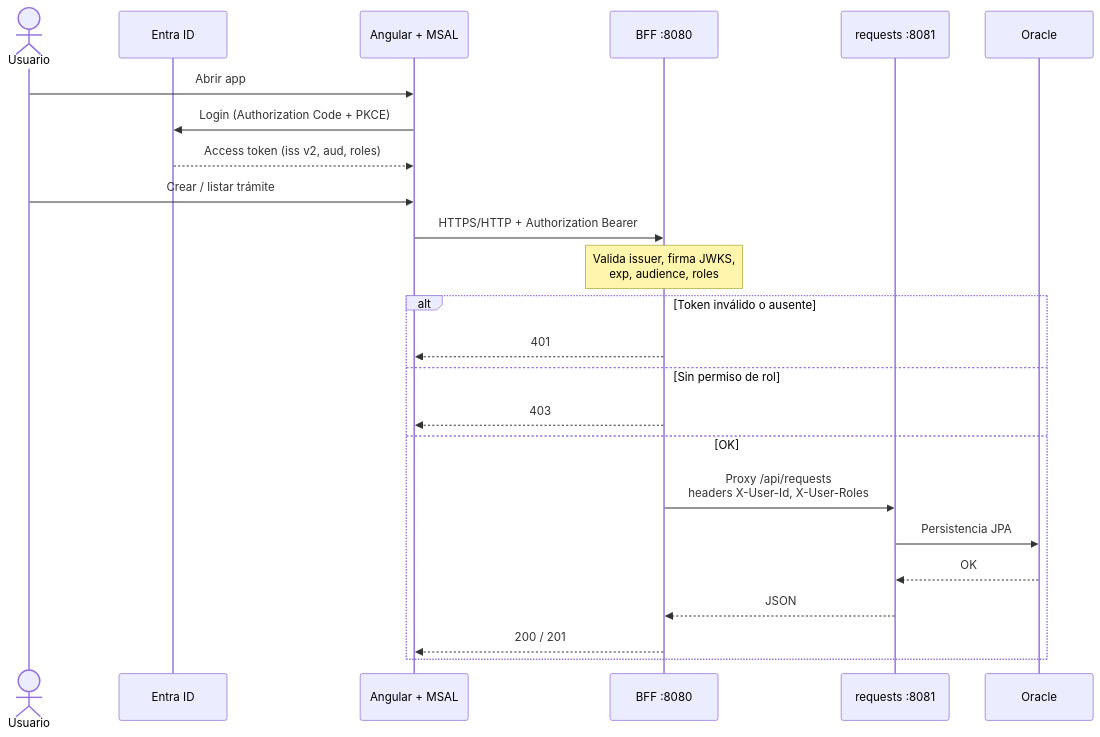
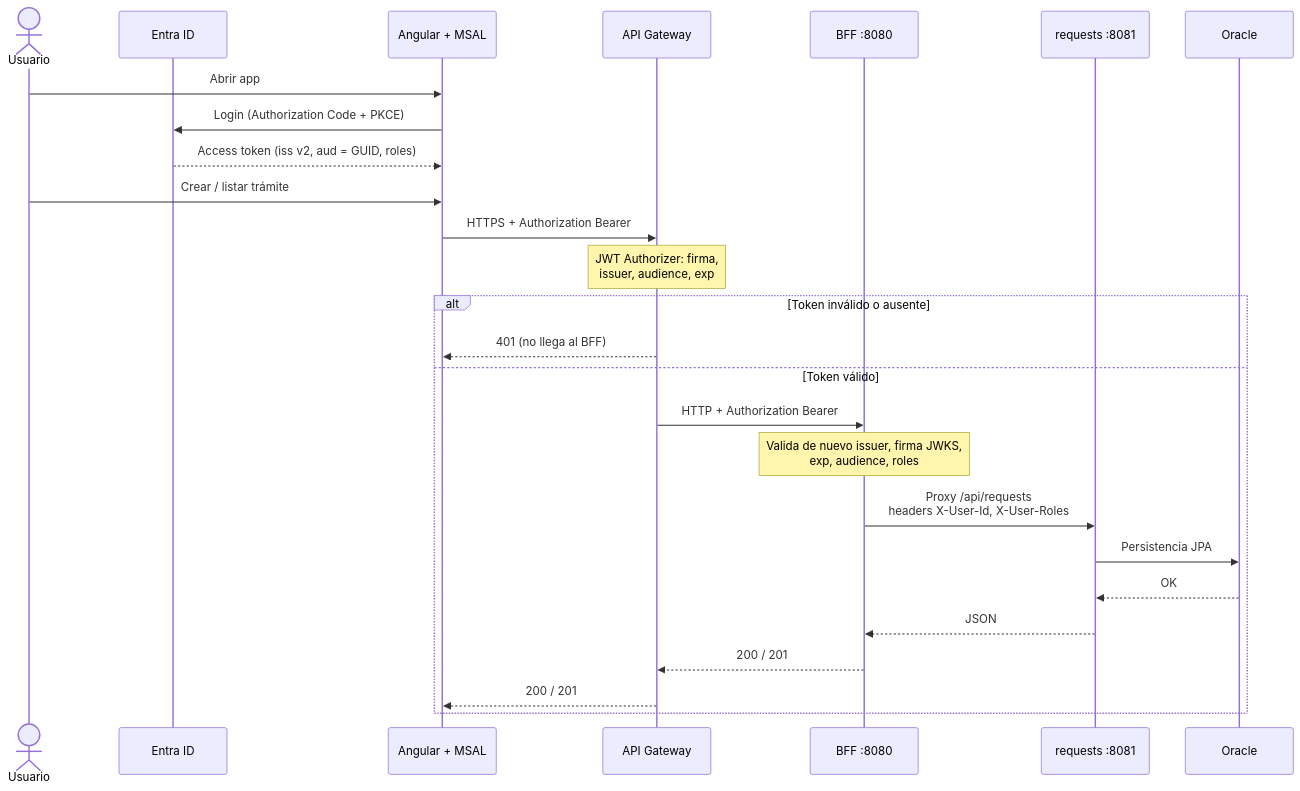
The second of 2 diagrams in docs/arquitectura.md (CEOAlmaloco/barriodigital-infra), drawn with Mermaid before and after one commit. The commit also changed other lines of this file and 5 other files, not shown here.

````diff
--- a/docs/arquitectura.md
+++ b/docs/arquitectura.md
@@ -40,27 +46,29 @@
 ```mermaid
 sequenceDiagram
   actor U as Usuario
   participant M as Entra ID
   participant F as Angular + MSAL
+  participant G as API Gateway
   participant B as BFF :8080
   participant R as requests :8081
   participant O as Oracle
 
   U->>F: Abrir app
   F->>M: Login (Authorization Code + PKCE)
-  M-->>F: Access token (iss v2, aud, roles)
+  M-->>F: Access token (iss v2, aud = GUID, roles)
   U->>F: Crear / listar trámite
-  F->>B: HTTPS/HTTP + Authorization Bearer
-  Note over B: Valida issuer, firma JWKS,<br/>exp, audience, roles
+  F->>G: HTTPS + Authorization Bearer
+  Note over G: JWT Authorizer: firma,<br/>issuer, audience, exp
   alt Token inválido o ausente
-    B-->>F: 401
-  else Sin permiso de rol
-    B-->>F: 403
-  else OK
+    G-->>F: 401 (no llega al BFF)
+  else Token válido
+    G->>B: HTTP + Authorization Bearer
+    Note over B: Valida de nuevo issuer, firma JWKS,<br/>exp, audience, roles
     B->>R: Proxy /api/requests<br/>headers X-User-Id, X-User-Roles
     R->>O: Persistencia JPA
     O-->>R: OK
     R-->>B: JSON
-    B-->>F: 200 / 201
+    B-->>G: 200 / 201
+    G-->>F: 200 / 201
   end
 ```
````
